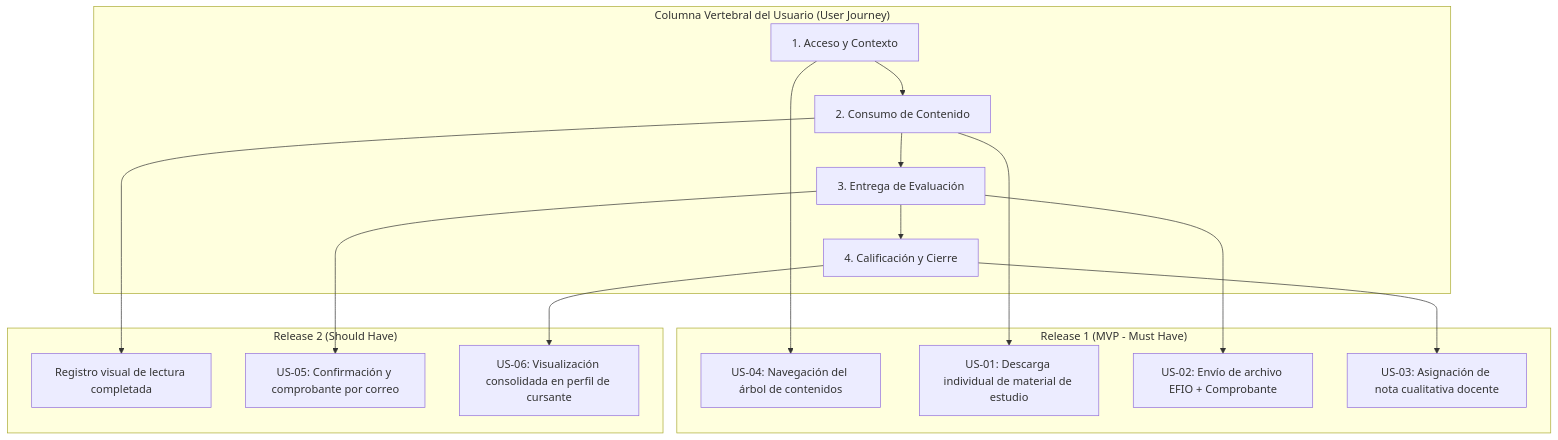
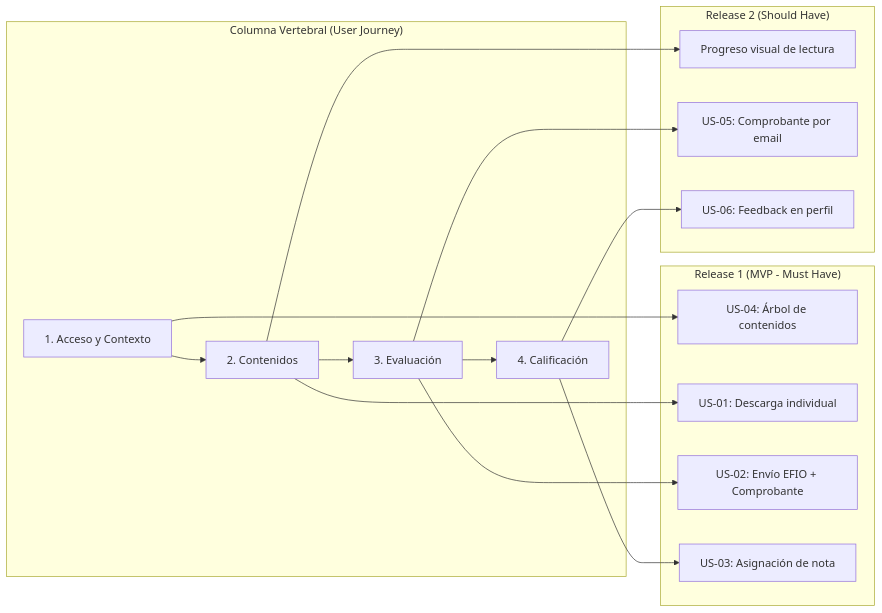
The first of 3 diagrams in README.md (danielpusillico/virtual-learning-platform-functional-analysis), drawn with Mermaid before and after one commit. The commit also changed other lines of this file, not shown here.

````diff
--- a/README.md
+++ b/README.md
@@ -39,19 +39,19 @@
 ```mermaid
-graph TD
-    subgraph Backbone ["Columna Vertebral del Usuario (User Journey)"]
-        A[1. Acceso y Contexto] --> B[2. Consumo de Contenido] --> C[3. Entrega de Evaluación] --> D[4. Calificación y Cierre]
+graph LR
+    subgraph Backbone ["Columna Vertebral (User Journey)"]
+        A[1. Acceso y Contexto] --> B[2. Contenidos] --> C[3. Evaluación] --> D[4. Calificación]
     end
 
     subgraph R1 ["Release 1 (MVP - Must Have)"]
-        A --> A1[US-04: Navegación del árbol de contenidos]
-        B --> B1[US-01: Descarga individual de material de estudio]
-        C --> C1[US-02: Envío de archivo EFIO + Comprobante]
-        D --> D1[US-03: Asignación de nota cualitativa docente]
+        A --> A1[US-04: Árbol de contenidos]
+        B --> B1[US-01: Descarga individual]
+        C --> C1[US-02: Envío EFIO + Comprobante]
+        D --> D1[US-03: Asignación de nota]
     end
 
     subgraph R2 ["Release 2 (Should Have)"]
-        B --> B2[Registro visual de lectura completada]
-        C --> C2[US-05: Confirmación y comprobante por correo]
-        D --> D2[US-06: Visualización consolidada en perfil de cursante]
+        B --> B2[Progreso visual de lectura]
+        C --> C2[US-05: Comprobante por email]
+        D --> D2[US-06: Feedback en perfil]
     end
 ```
````
